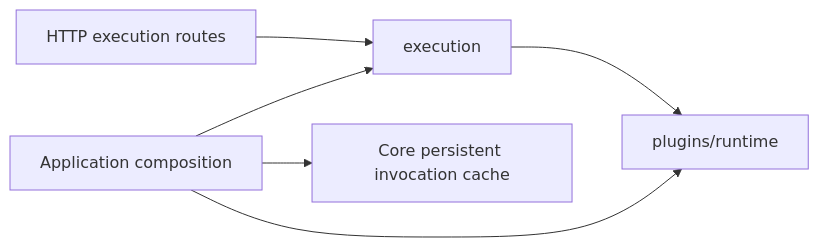
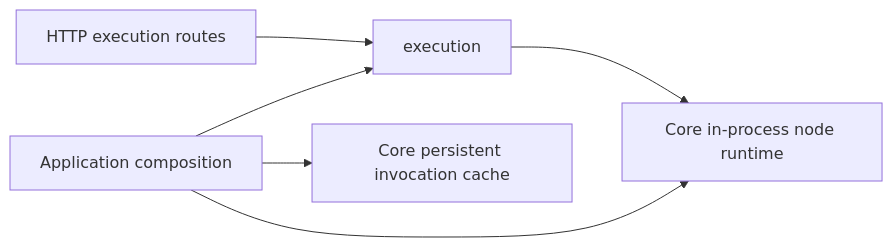
Before and after one commit to artpods56/grafY: the first of 3 diagrams in apps/api/src/grafy_api/execution/README.md, drawn with Mermaid. The commit also changed other lines of this file and 134 other files, not shown here.

````diff
--- a/apps/api/src/grafy_api/execution/README.md
+++ b/apps/api/src/grafy_api/execution/README.md
@@ -21,8 +20,8 @@
 ```mermaid
 flowchart LR
     HTTP[HTTP execution routes] --> Engine[execution]
-    Engine --> Hosting[plugins/runtime]
+    Engine --> Runtime[Core in-process node runtime]
     Composition[Application composition] --> Engine
-    Composition --> Hosting
+    Composition --> Runtime
     Composition --> Cache[Core persistent invocation cache]
 ```
````
